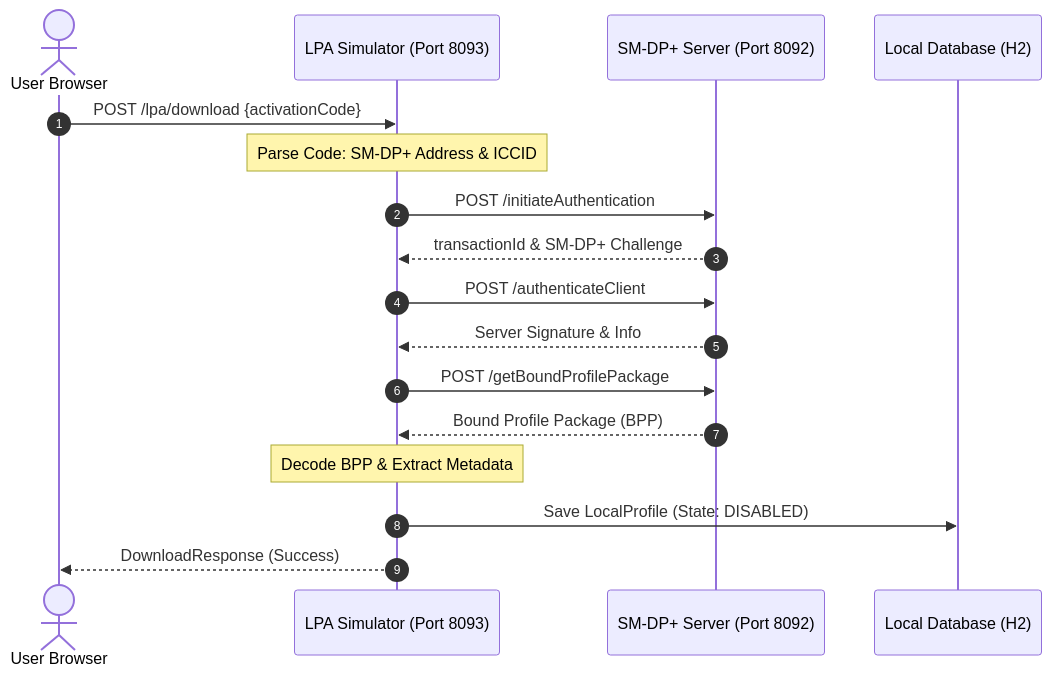
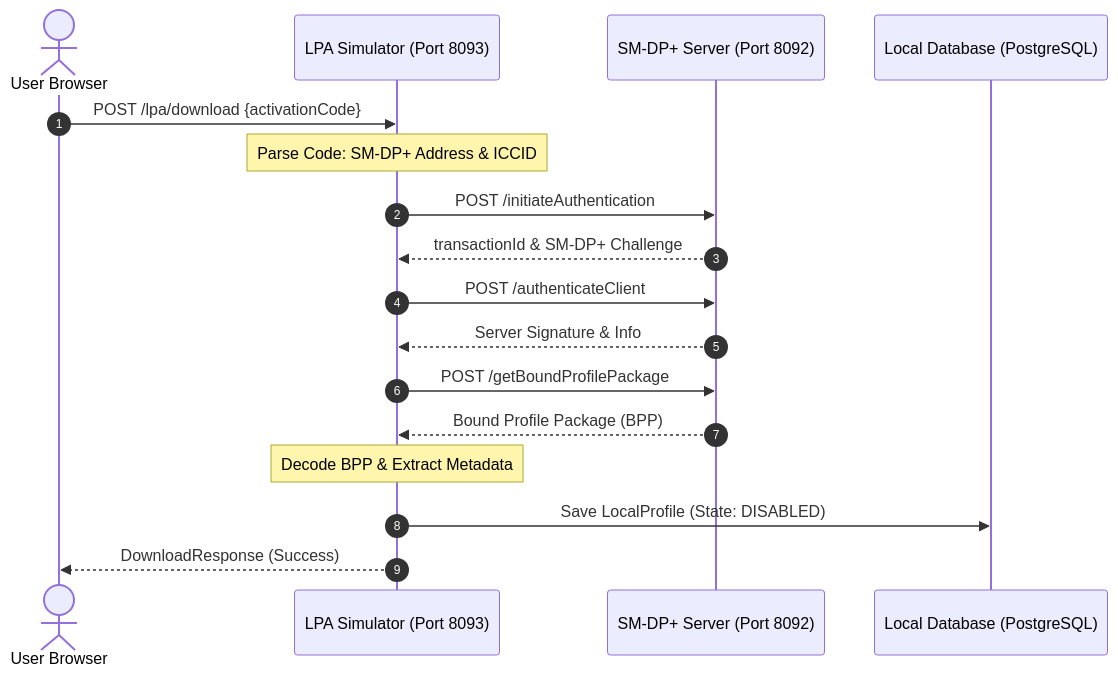
One commit to muku3011/website changed the diagram in lpa-simulator/README.md. Above: the diagram before and after it, drawn with Mermaid. The commit also changed 1 other file, not shown here.

Commit message:
docs: remove H2 database references and update to PostgreSQL configurations

````diff
--- a/lpa-simulator/README.md
+++ b/lpa-simulator/README.md
@@ -7,20 +7,20 @@
 ```mermaid
 sequenceDiagram
     autonumber
     actor User as User Browser
     participant LPA as LPA Simulator (Port 8093)
     participant SMDP as SM-DP+ Server (Port 8092)
-    participant DB as Local Database (H2)
+    participant DB as Local Database (PostgreSQL)
 
     User->>LPA: POST /lpa/download {activationCode}
     Note over LPA: Parse Code: SM-DP+ Address & ICCID
     LPA->>SMDP: POST /initiateAuthentication
     SMDP-->>LPA: transactionId & SM-DP+ Challenge
     LPA->>SMDP: POST /authenticateClient
     SMDP-->>LPA: Server Signature & Info
     LPA->>SMDP: POST /getBoundProfilePackage
     SMDP-->>LPA: Bound Profile Package (BPP)
     Note over LPA: Decode BPP & Extract Metadata
     LPA->>DB: Save LocalProfile (State: DISABLED)
     LPA-->>User: DownloadResponse (Success)
 ```
````
